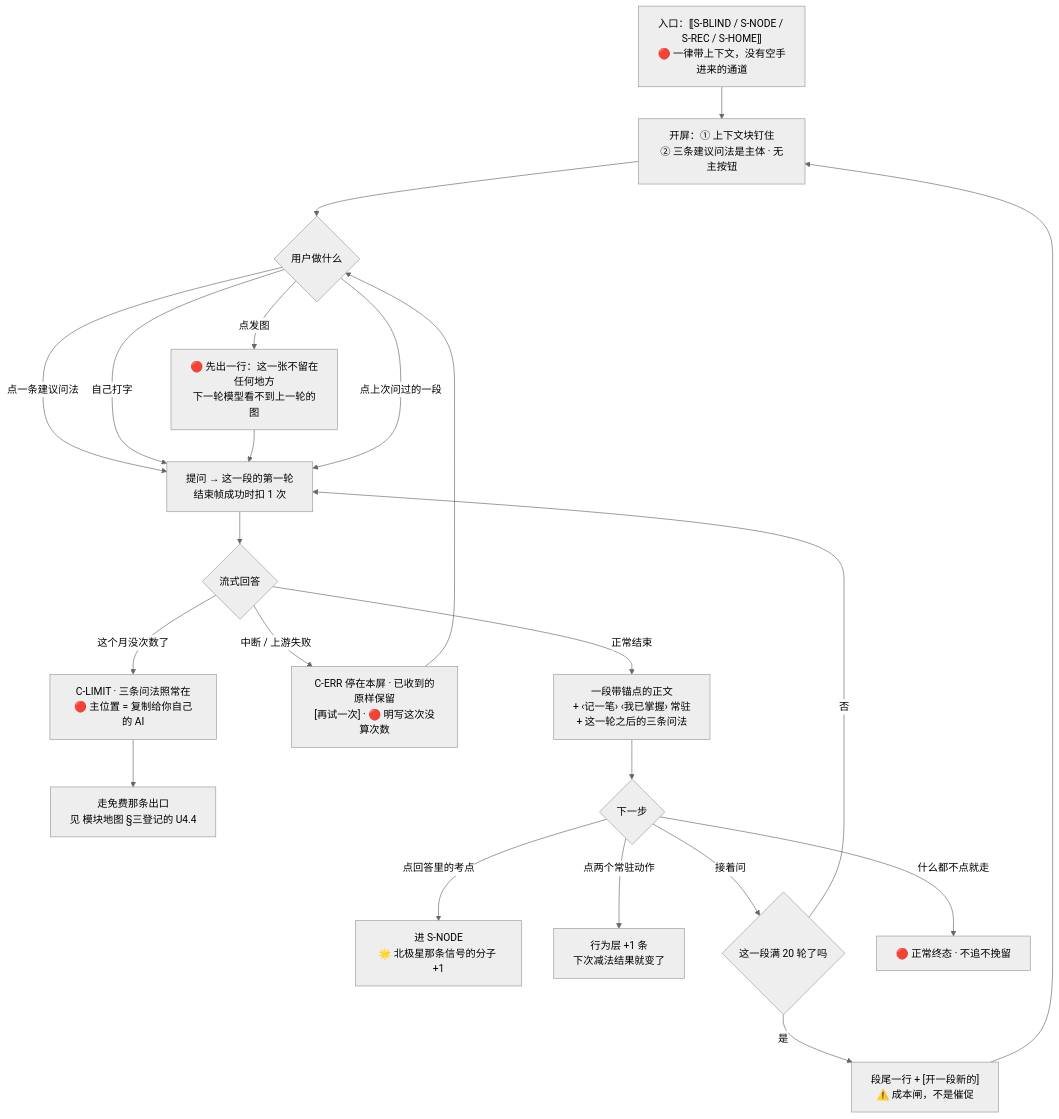
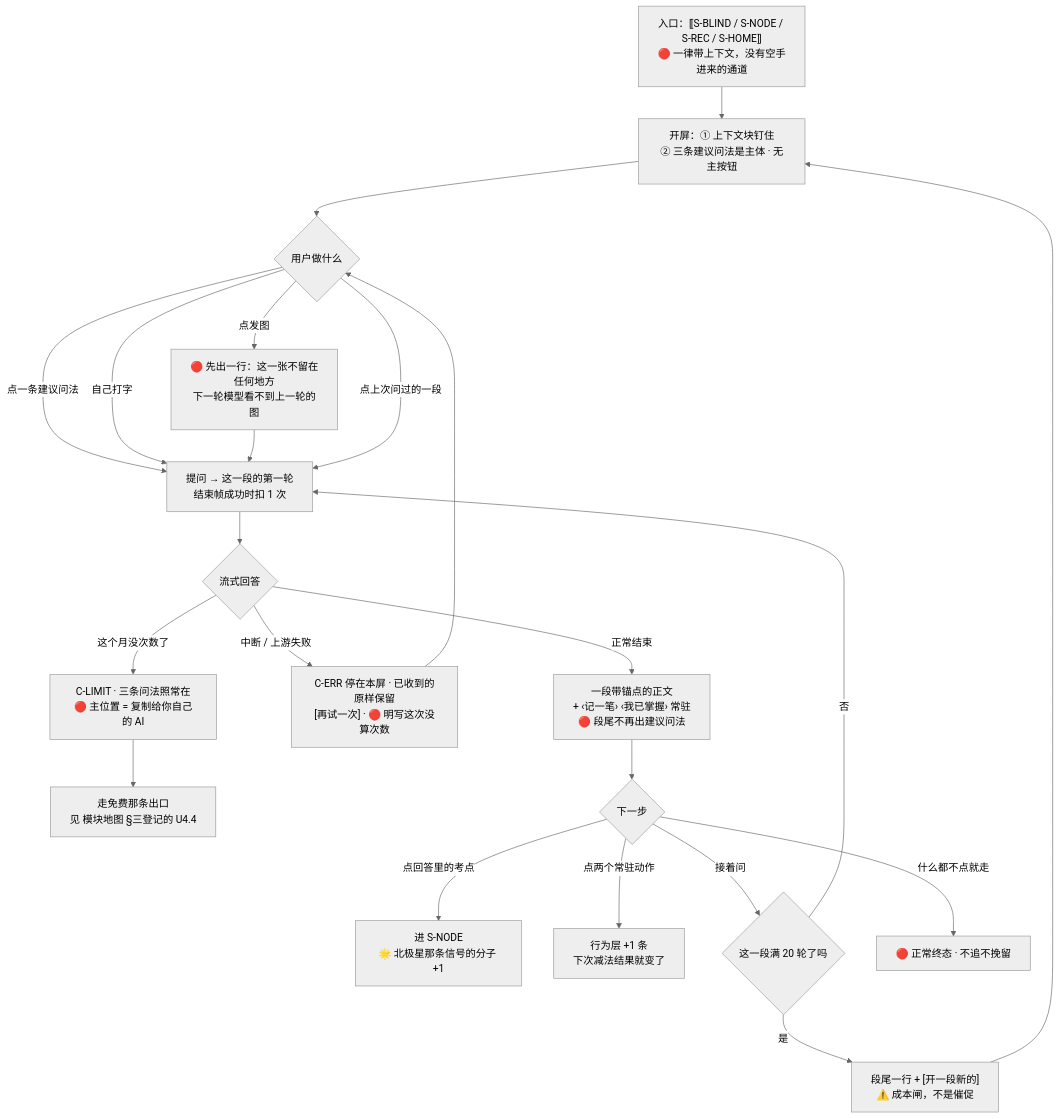
Before and after one commit to chenyuanjin/kubic: the diagram in docs/product/modules/M3-盲区与覆盖度/U3.7-问一下.md, drawn with Mermaid (neutral theme). The commit also changed other lines of this file and 4 other files, not shown here.

````diff
--- a/docs/product/modules/M3-盲区与覆盖度/U3.7-问一下.md
+++ b/docs/product/modules/M3-盲区与覆盖度/U3.7-问一下.md
@@ -304,24 +321,24 @@
 ```mermaid
 flowchart TD
     E["入口：⟦S-BLIND / S-NODE / S-REC / S-HOME⟧<br/>🔴 一律带上下文，没有空手进来的通道"] --> B["开屏：① 上下文块钉住<br/>② 三条建议问法是主体 · 无主按钮"]
     B --> C{"用户做什么"}
     C -->|"点一条建议问法"| S["提问 → 这一段的第一轮<br/>结束帧成功时扣 1 次"]
     C -->|"自己打字"| S
     C -->|"点发图"| IMG["🔴 先出一行：这一张不留在任何地方<br/>下一轮模型看不到上一轮的图"]
     IMG --> S
     C -->|"点上次问过的一段"| S
     S --> R{"流式回答"}
-    R -->|"正常结束"| A["一段带锚点的正文<br/>+ ‹记一笔› ‹我已掌握› 常驻<br/>+ 这一轮之后的三条问法"]
+    R -->|"正常结束"| A["一段带锚点的正文<br/>+ ‹记一笔› ‹我已掌握› 常驻<br/>🔴 段尾不再出建议问法"]
     R -->|"中断 / 上游失败"| ER["C-ERR 停在本屏 · 已收到的原样保留<br/>[再试一次] · 🔴 明写这次没算次数"]
     R -->|"这个月没次数了"| LM["C-LIMIT · 三条问法照常在<br/>🔴 主位置 = 复制给你自己的 AI"]
     ER --> C
     LM --> FREE["走免费那条出口<br/>见 模块地图 §三登记的 U4.4"]
     A --> N{"下一步"}
     N -->|"点回答里的考点"| ND["进 S-NODE<br/>🌟 北极星那条信号的分子 +1"]
     N -->|"点两个常驻动作"| REC["行为层 +1 条<br/>下次减法结果就变了"]
     N -->|"接着问"| S2{"这一段满 20 轮了吗"}
     S2 -->|"否"| S
     S2 -->|"是"| CAP["段尾一行 + [开一段新的]<br/>⚠️ 成本闸，不是催促"]
     CAP --> B
     N -->|"什么都不点就走"| OUT["🔴 正常终态 · 不追不挽留"]
 ```
````
